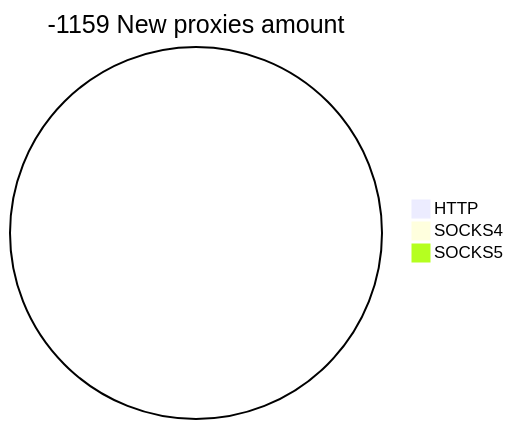
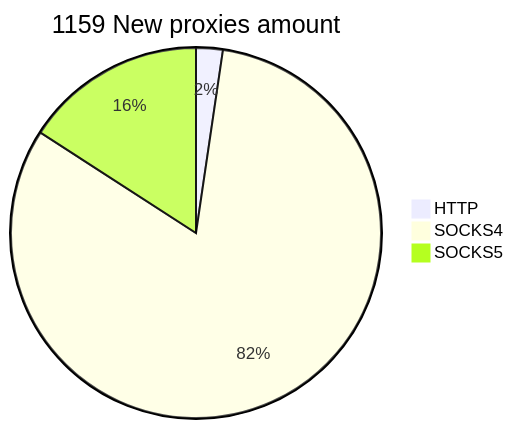
The second of 2 diagrams in README.md (cutipu/proxylist), drawn with Mermaid before and after one commit. The commit also changed other lines of this file, not shown here.

````diff
--- a/README.md
+++ b/README.md
@@ -10,6 +10,6 @@
 ```mermaid
-pie title -1159 New proxies amount
-    "HTTP" : 0
-    "SOCKS4" : 0
-    "SOCKS5" : 0
+pie title 1159 New proxies amount
+    "HTTP" : 27
+    "SOCKS4" : 948
+    "SOCKS5" : 184
 ```
````
